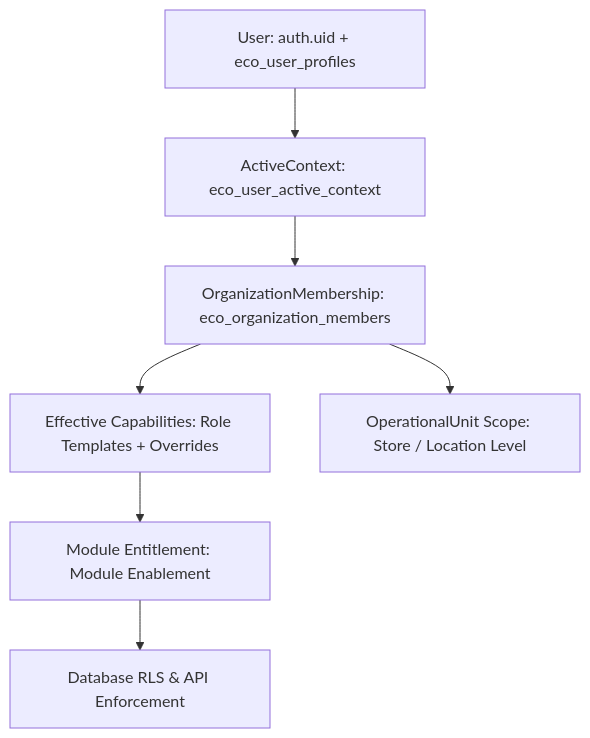
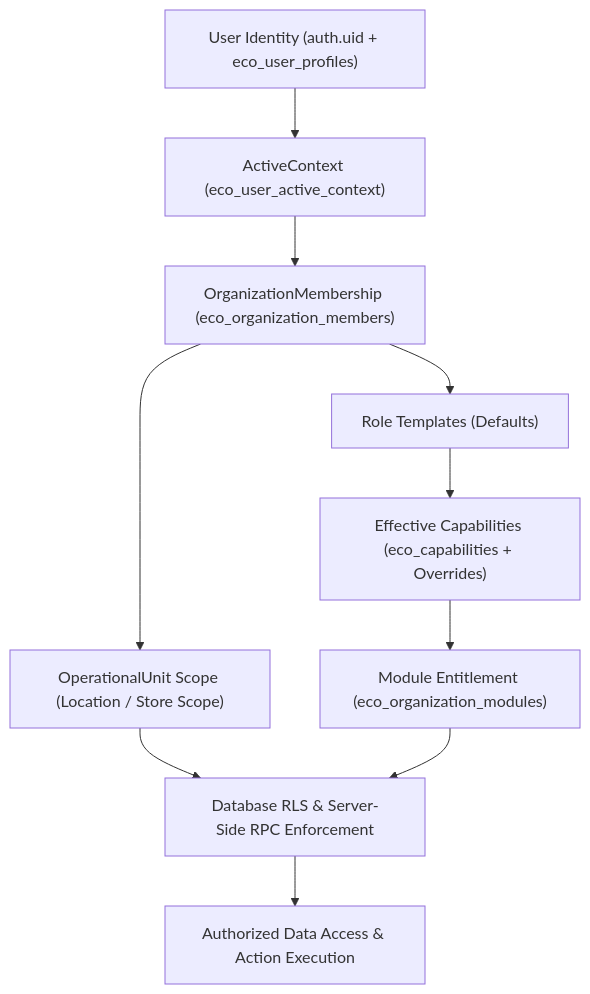
One commit to amoresemiliano/horeca_modular changed the first of 2 diagrams in docs/ROLE_CAPABILITY_MATRIX.md. Above: the diagram before and after it, drawn with Mermaid. The commit also changed other lines of this file and 13 other files, not shown here.

````diff
--- a/docs/ROLE_CAPABILITY_MATRIX.md
+++ b/docs/ROLE_CAPABILITY_MATRIX.md
@@ -8,9 +9,12 @@
 ```mermaid
 graph TD
-    User[User: auth.uid + eco_user_profiles] --> ActiveContext[ActiveContext: eco_user_active_context]
-    ActiveContext --> Membership[OrganizationMembership: eco_organization_members]
-    Membership --> Capabilities[Effective Capabilities: Role Templates + Overrides]
-    Membership --> OpUnit[OperationalUnit Scope: Store / Location Level]
-    Capabilities --> ModuleEntitlement[Module Entitlement: Module Enablement]
-    ModuleEntitlement --> RLS[Database RLS & API Enforcement]
+    User["User Identity (auth.uid + eco_user_profiles)"] --> ActiveContext["ActiveContext (eco_user_active_context)"]
+    ActiveContext --> Membership["OrganizationMembership (eco_organization_members)"]
+    Membership --> RoleTemplates["Role Templates (Defaults)"]
+    RoleTemplates --> Capabilities["Effective Capabilities (eco_capabilities + Overrides)"]
+    Membership --> OpUnitScope["OperationalUnit Scope (Location / Store Scope)"]
+    Capabilities --> ModuleEntitlement["Module Entitlement (eco_organization_modules)"]
+    OpUnitScope --> RLS["Database RLS & Server-Side RPC Enforcement"]
+    ModuleEntitlement --> RLS
+    RLS --> Access["Authorized Data Access & Action Execution"]
 ```
````
